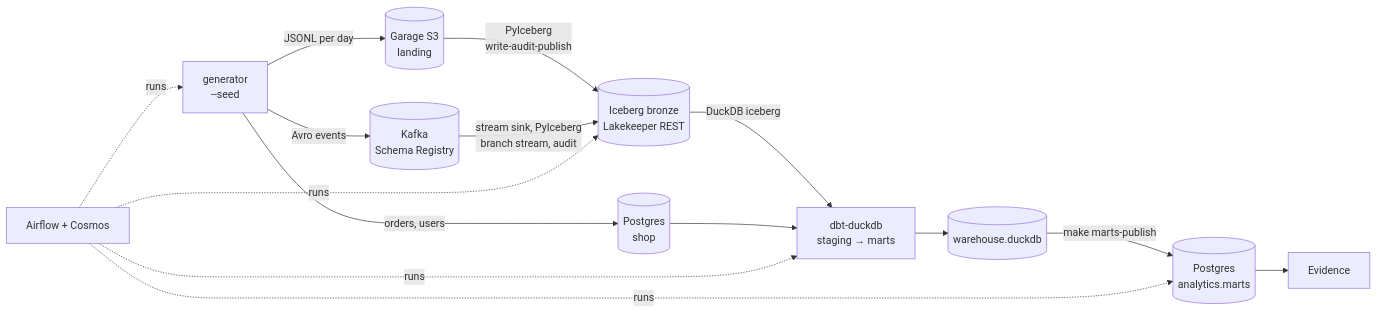
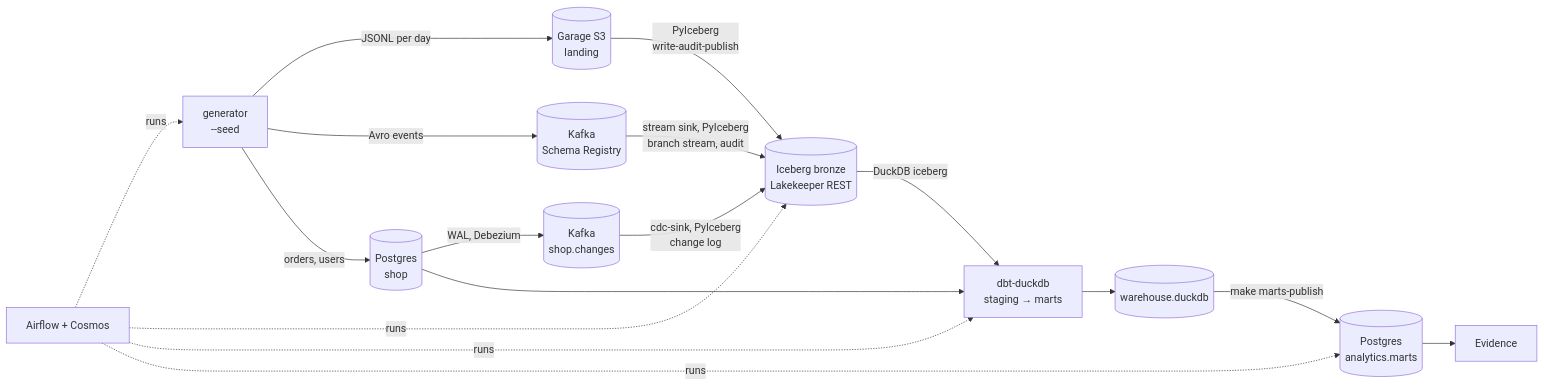
Before and after one commit to jjabuk/clickstream-lakehouse: the diagram in README.md, drawn with Mermaid. The commit also changed other lines of this file and 59 other files, not shown here.

````diff
--- a/README.md
+++ b/README.md
@@ -13,14 +13,16 @@
 ```mermaid
 flowchart LR
   gen[generator<br/>--seed] -->|JSONL per day| s3[(Garage S3<br/>landing)]
   gen -->|Avro events| kafka[(Kafka<br/>Schema Registry)]
   gen -->|orders, users| shop[(Postgres<br/>shop)]
+  shop -->|WAL, Debezium| cdc[(Kafka<br/>shop.changes)]
+  cdc -->|cdc-sink, PyIceberg<br/>change log| bronze
   s3 -->|PyIceberg<br/>write-audit-publish| bronze[(Iceberg bronze<br/>Lakekeeper REST)]
   kafka -->|stream sink, PyIceberg<br/>branch stream, audit| bronze
   bronze -->|DuckDB iceberg| dbt[dbt-duckdb<br/>staging → marts]
   shop --> dbt
   dbt --> wh[(warehouse.duckdb)]
   wh -->|make marts-publish| pg[(Postgres<br/>analytics.marts)]
   pg --> ev[Evidence]
   af[Airflow + Cosmos] -.runs.-> gen & bronze & dbt & pg
 ```
````
